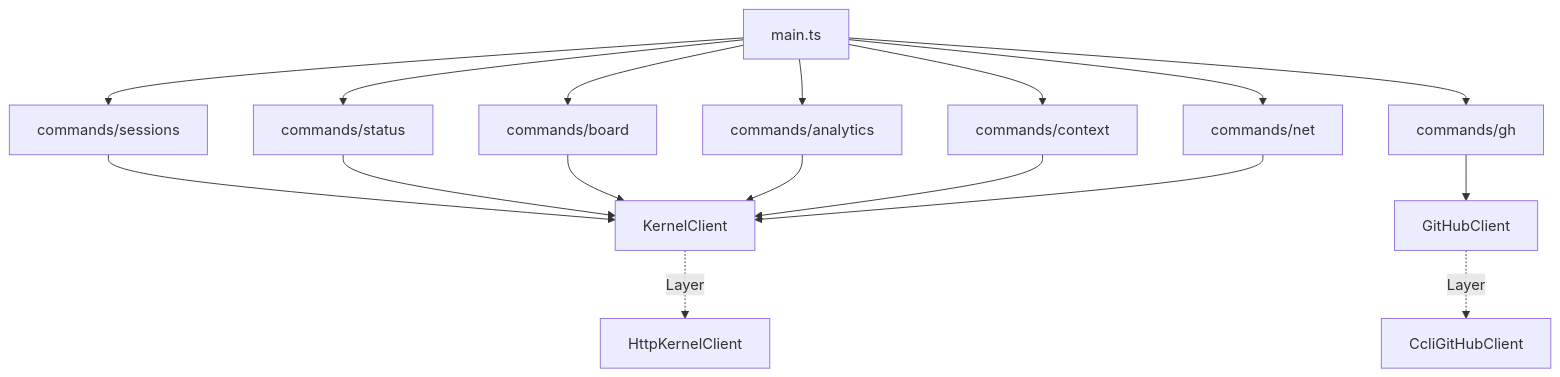
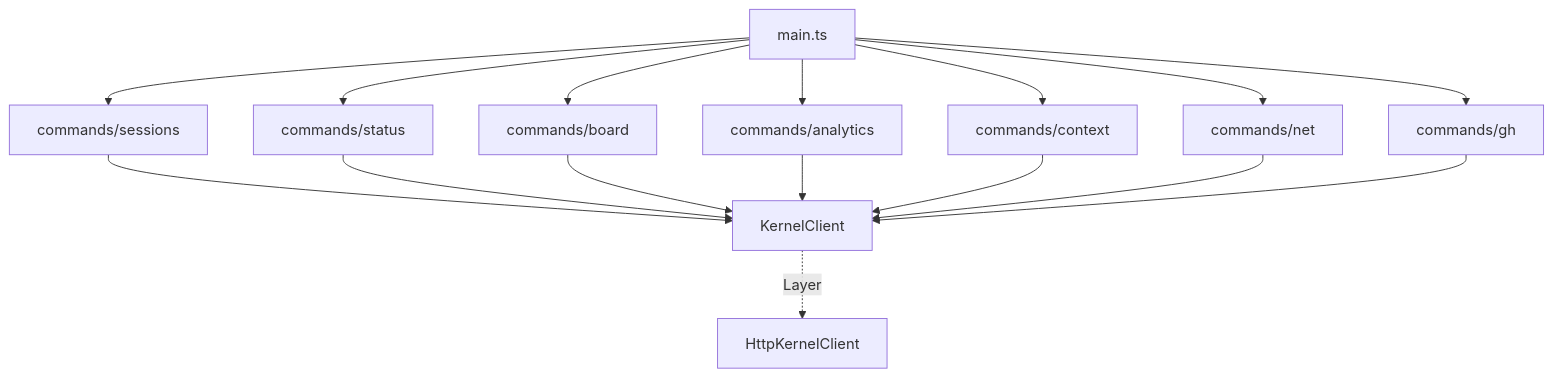
Before and after one commit to OpenHackersClub/gctrl: the second of 2 diagrams in specs/implementation/shell/components.md, drawn with Mermaid. The commit also changed other lines of this file and 39 other files, not shown here.

First line of the commit message:
refactor(shell): GitHub via kernel driver — no direct external API calls (#2)

````diff
--- a/specs/implementation/shell/components.md
+++ b/specs/implementation/shell/components.md
@@ -70,21 +66,20 @@
 ```mermaid
 graph TD
     Main["main.ts"] --> Sessions["commands/sessions"]
     Main --> Status["commands/status"]
     Main --> Board["commands/board"]
     Main --> Analytics["commands/analytics"]
     Main --> Context["commands/context"]
     Main --> Net["commands/net"]
     Main --> GH["commands/gh"]
 
     Sessions --> KC["KernelClient"]
     Status --> KC
     Board --> KC
     Analytics --> KC
     Context --> KC
     Net --> KC
-    GH --> GHC["GitHubClient"]
+    GH --> KC
 
     KC -.->|"Layer"| HttpKC["HttpKernelClient"]
-    GHC -.->|"Layer"| CcliGHC["CcliGitHubClient"]
 ```
````
